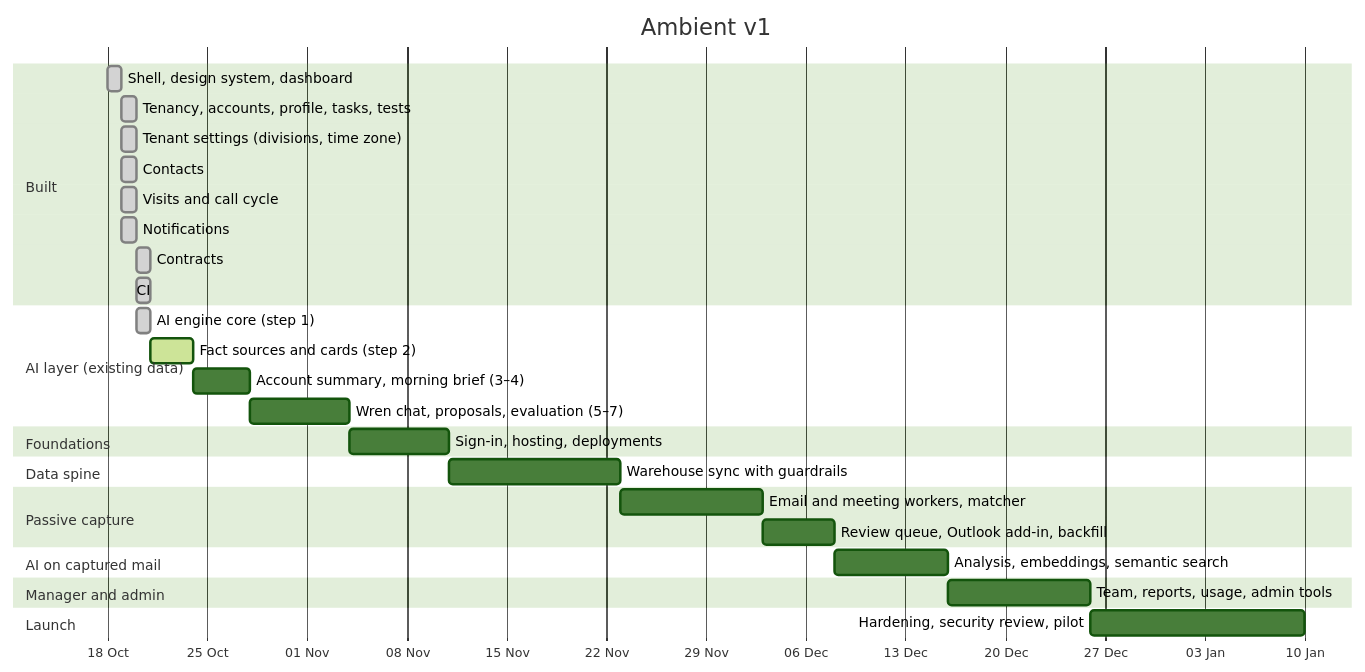
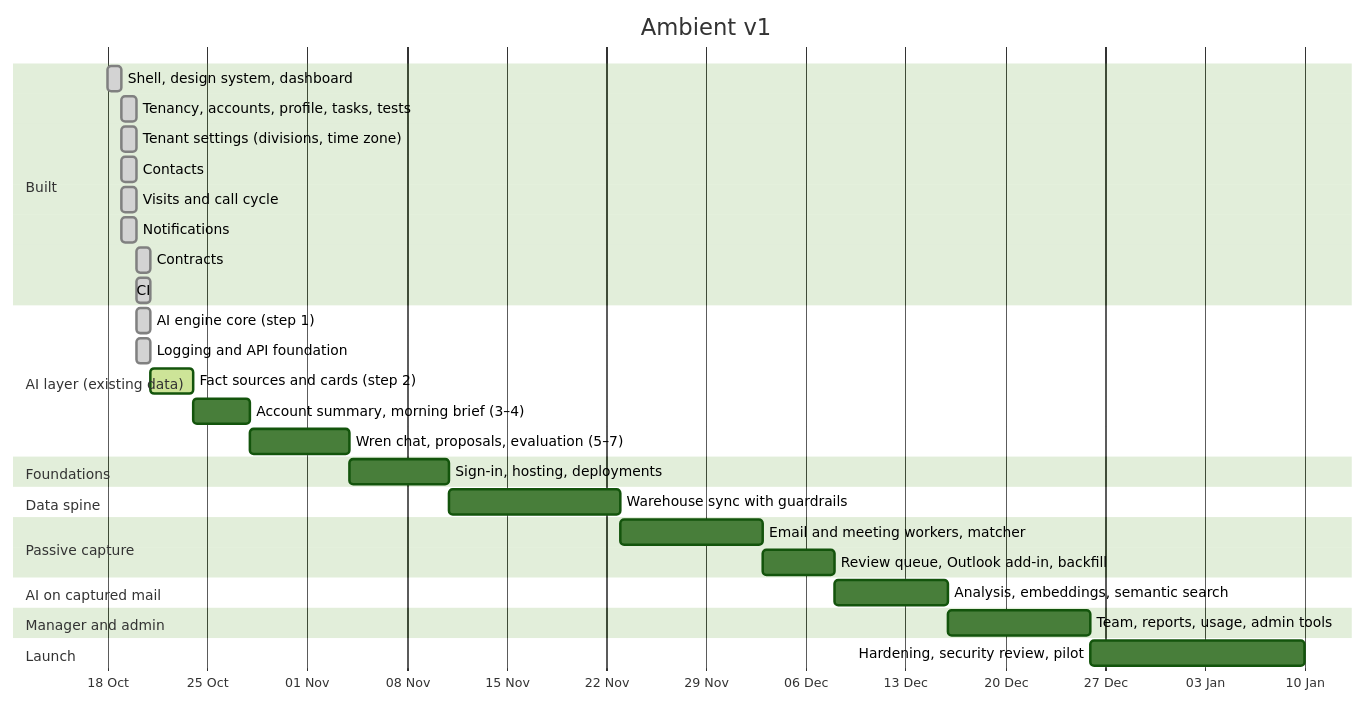
The diagram in docs/product/roadmap.md (sonishivam1/ambient-crm), drawn with Mermaid (forest theme) before and after one commit. The commit also changed other lines of this file and 35 other files, not shown here.

First line of the commit message:
feat(platform): request ids, app-wide logging and versioned API routes

````diff
--- a/docs/product/roadmap.md
+++ b/docs/product/roadmap.md
@@ -54,33 +55,34 @@
 ```mermaid
 gantt
   title Ambient v1
   dateFormat YYYY-MM-DD
   axisFormat %d %b
   section Built
   Shell, design system, dashboard          :done,   b1, 2026-10-18, 1d
   Tenancy, accounts, profile, tasks, tests :done,   b2, 2026-10-19, 1d
   Tenant settings (divisions, time zone)   :done,   b3, 2026-10-19, 1d
   Contacts                                 :done,   b4, 2026-10-19, 1d
   Visits and call cycle                    :done,   b5, 2026-10-19, 1d
   Notifications                            :done,   b6, 2026-10-19, 1d
   Contracts                                :done,   b7, 2026-10-20, 1d
   CI                                       :done,   b8, 2026-10-20, 1d
   section AI layer (existing data)
   AI engine core (step 1)                  :done,   a9, 2026-10-20, 1d
+  Logging and API foundation               :done,   b9, 2026-10-20, 1d
   Fact sources and cards (step 2)          :active, a0, 2026-10-21, 3d
   Account summary, morning brief (3–4)     :        a1, after a0, 4d
   Wren chat, proposals, evaluation (5–7)   :        a2, after a1, 7d
   section Foundations
   Sign-in, hosting, deployments           :        f1, after a2, 7d
   section Data spine
   Warehouse sync with guardrails           :        d1, after f1, 12d
   section Passive capture
   Email and meeting workers, matcher       :        p1, after d1, 10d
   Review queue, Outlook add-in, backfill   :        p2, after p1, 5d
   section AI on captured mail
   Analysis, embeddings, semantic search    :        a3, after p2, 8d
   section Manager and admin
   Team, reports, usage, admin tools        :        m1, after a3, 10d
   section Launch
   Hardening, security review, pilot        :        l1, after m1, 15d
 ```
````
